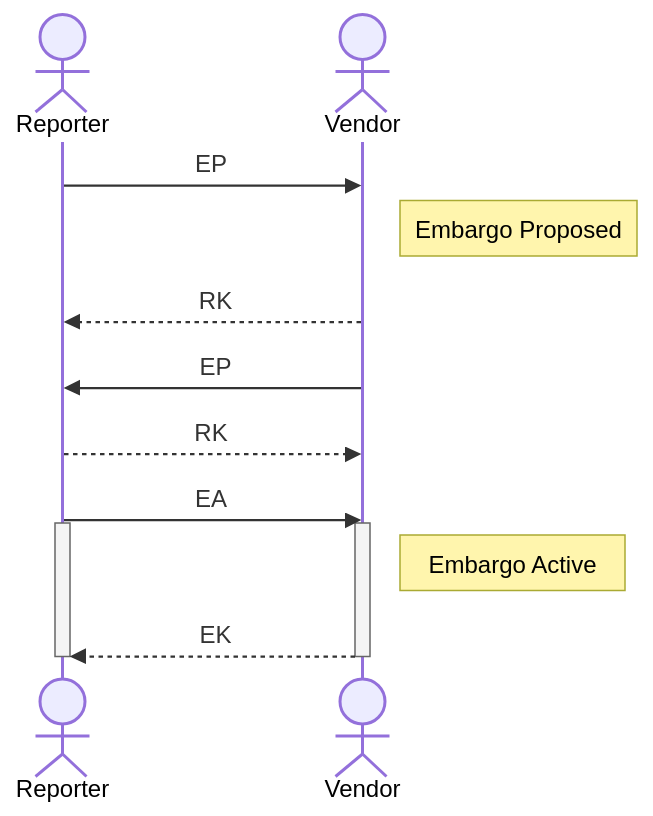
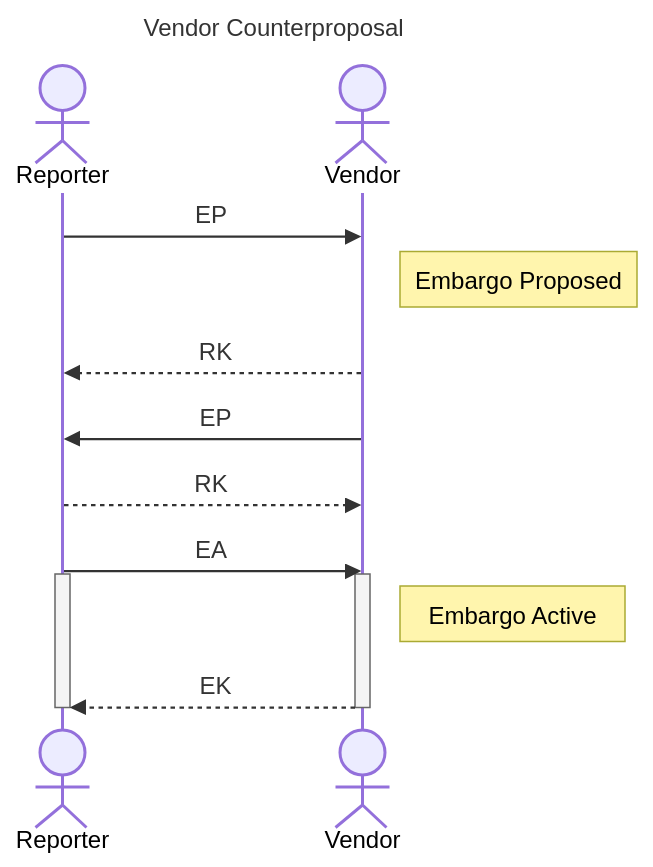
Before and after one commit to CERTCC/Vultron: the fifth of 13 diagrams in docs/tutorials/worked_example.md, drawn with Mermaid. The commit also changed other lines of this file, not shown here.

First line of the commit message:
docs: add mermaid title: headers to worked_example.md diagrams

````diff
--- a/docs/tutorials/worked_example.md
+++ b/docs/tutorials/worked_example.md
@@ -101,18 +113,21 @@
 ```mermaid
+---
+title: Vendor Counterproposal
+---
 sequenceDiagram
     actor Reporter
     actor Vendor
 
     Reporter ->> Vendor: EP
     note right of Vendor: Embargo Proposed
     Vendor -->> Reporter: RK
     Vendor ->> Reporter: EP
     Reporter -->> Vendor: RK
     Reporter ->> Vendor: EA
     activate Vendor
     activate Reporter
     note right of Vendor: Embargo Active
     Vendor -->> Reporter: EK
     deactivate Vendor
     deactivate Reporter
 ```
````
